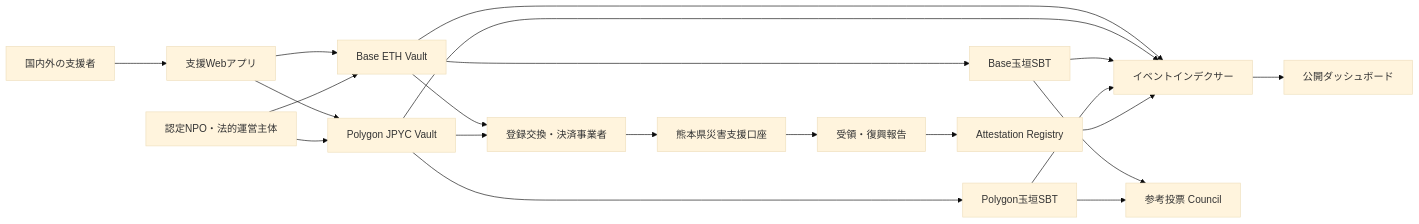
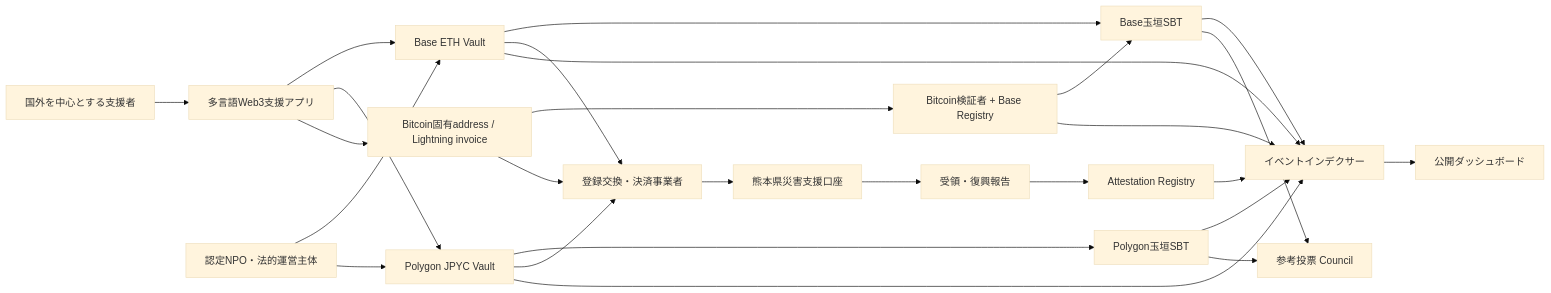
One commit to ShigeichiroYamasaki/yui-no-kaki-kumamoto changed the first of 5 diagrams in docs/architecture.md. Above: the diagram before and after it, drawn with Mermaid (base theme). The commit also changed other lines of this file and 26 other files, not shown here.

````diff
--- a/docs/architecture.md
+++ b/docs/architecture.md
@@ -5,23 +5,28 @@
 ```mermaid
 flowchart LR
-  S[国内外の支援者] --> W[支援Webアプリ]
+  S[国外を中心とする支援者] --> W[多言語Web3支援アプリ]
   W --> BV[Base ETH Vault]
   W --> PV[Polygon JPYC Vault]
+  W --> BTC[Bitcoin固有address / Lightning invoice]
+  BTC --> BR[Bitcoin検証者 + Base Registry]
   N["認定NPO・法的運営主体"] --> BV
   N --> PV
   BV --> BT[Base玉垣SBT]
   PV --> PT[Polygon玉垣SBT]
+  BR --> BT
   BV --> X[登録交換・決済事業者]
   PV --> X
+  BTC --> X
   X --> K[熊本県災害支援口座]
   K --> A[受領・復興報告]
   A --> R[Attestation Registry]
   BV --> I[イベントインデクサー]
   PV --> I
   BT --> I
   PT --> I
+  BR --> I
   R --> I
   I --> D[公開ダッシュボード]
   BT --> C[参考投票 Council]
   PT --> C
 ```
````
